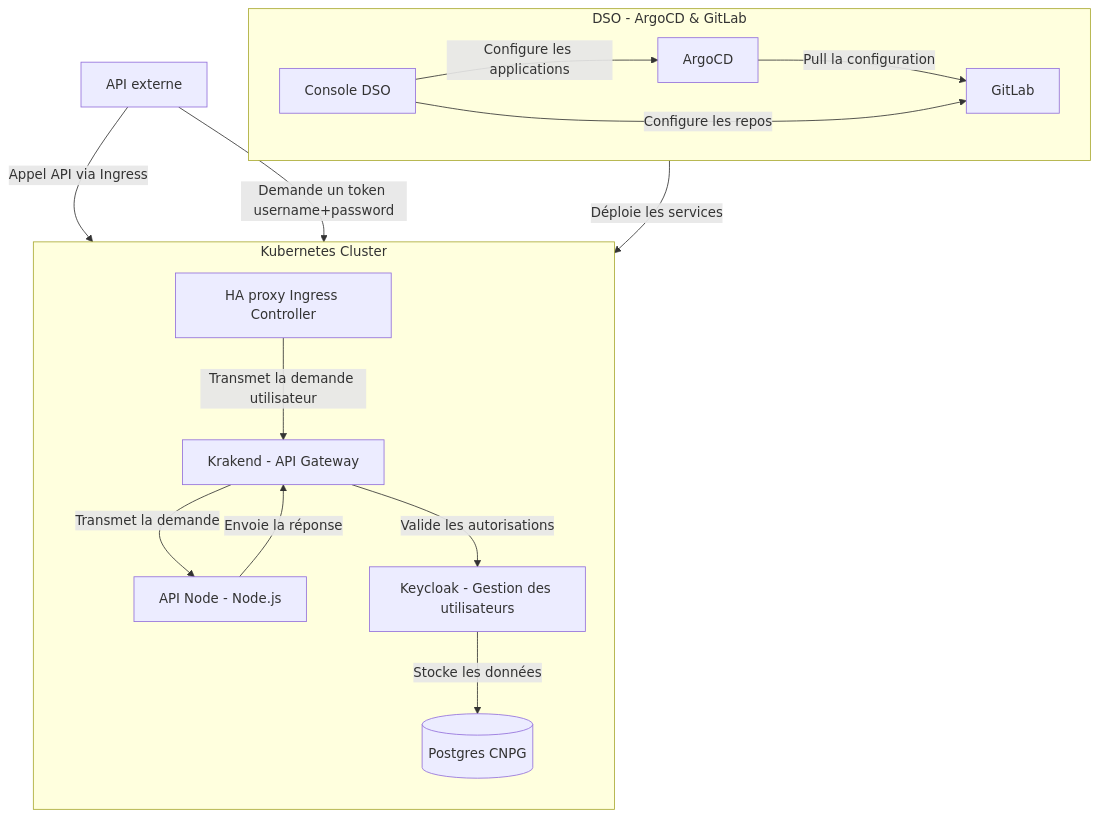
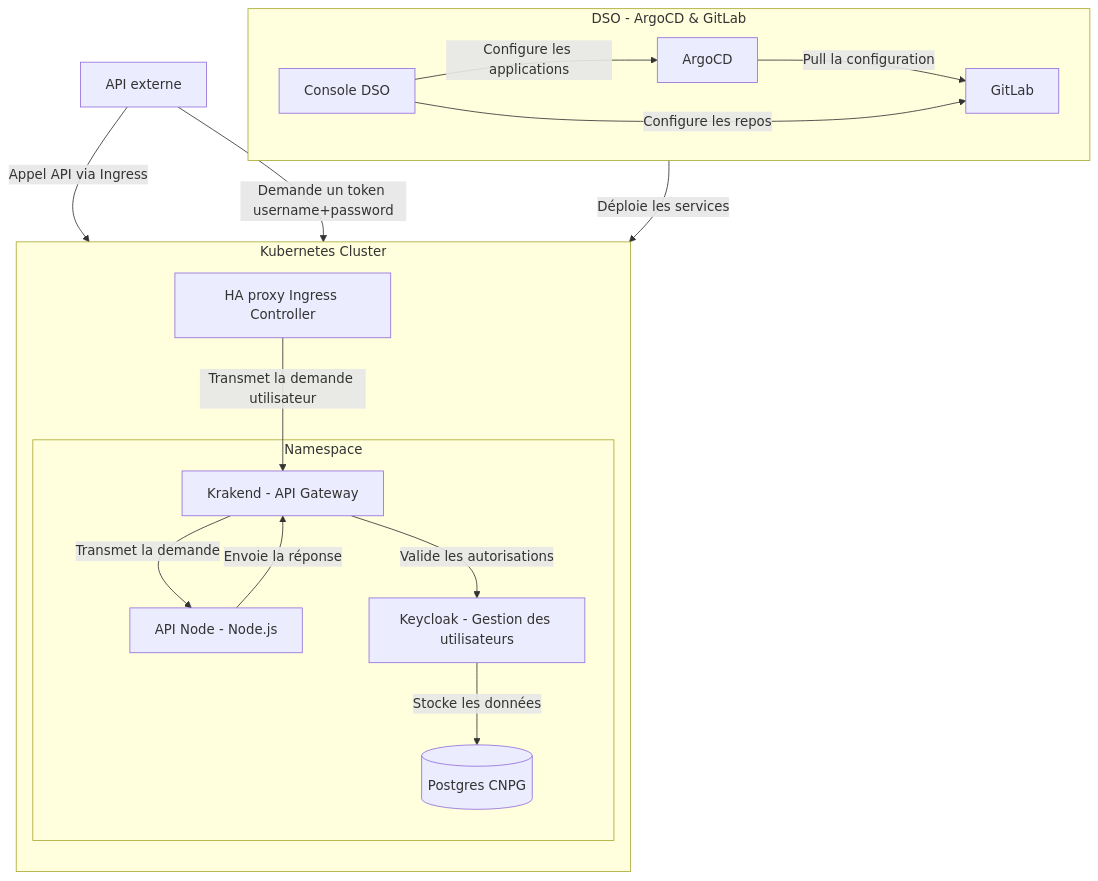
Before and after one commit to cloud-pi-native/prototype-cpin: the first of 2 diagrams in Readme.md, drawn with Mermaid. The commit also changed other lines of this file and 1 other file, not shown here.

Commit message:
update krakend and readme

````diff
--- a/Readme.md
+++ b/Readme.md
@@ -17,33 +17,37 @@
 ```mermaid
 flowchart TB
     subgraph dso[DSO - ArgoCD & GitLab]
         direction LR
         console[Console DSO]
         argocd[ArgoCD]
         gitlab[GitLab]
         argocd -->|Pull la configuration| gitlab
         console -->|Configure les repos| gitlab
         console --> |Configure les applications| argocd
     end
 
     subgraph k8s_cluster[Kubernetes Cluster]
         direction TB
         ingress[HA proxy Ingress Controller]
-        krakend[Krakend - API Gateway]
-        node_api[API Node - Node.js]
-        keycloak[Keycloak - Gestion des utilisateurs]
-        postgres[(Postgres CNPG)] 
+        
+        subgraph namespace_ns[Namespace]
+            krakend[Krakend - API Gateway]
+            node_api[API Node - Node.js]
+            keycloak[Keycloak - Gestion des utilisateurs]
+            postgres[(Postgres CNPG)]
+        end
+        
         ingress -->|Transmet la demande utilisateur| krakend
         krakend -->|Transmet la demande| node_api 
         node_api -->|Envoie la réponse| krakend
         keycloak -->|Stocke les données| postgres
     end
 
     user_api[API externe]
     user_api -->|Appel API via Ingress| ingress
     user_api -->|Demande un token username+password| keycloak
     krakend -->|Valide les autorisations| keycloak
 
     %% Déploiement des services via ArgoCD
     argocd -->|Déploie les services| k8s_cluster
 ```
````
